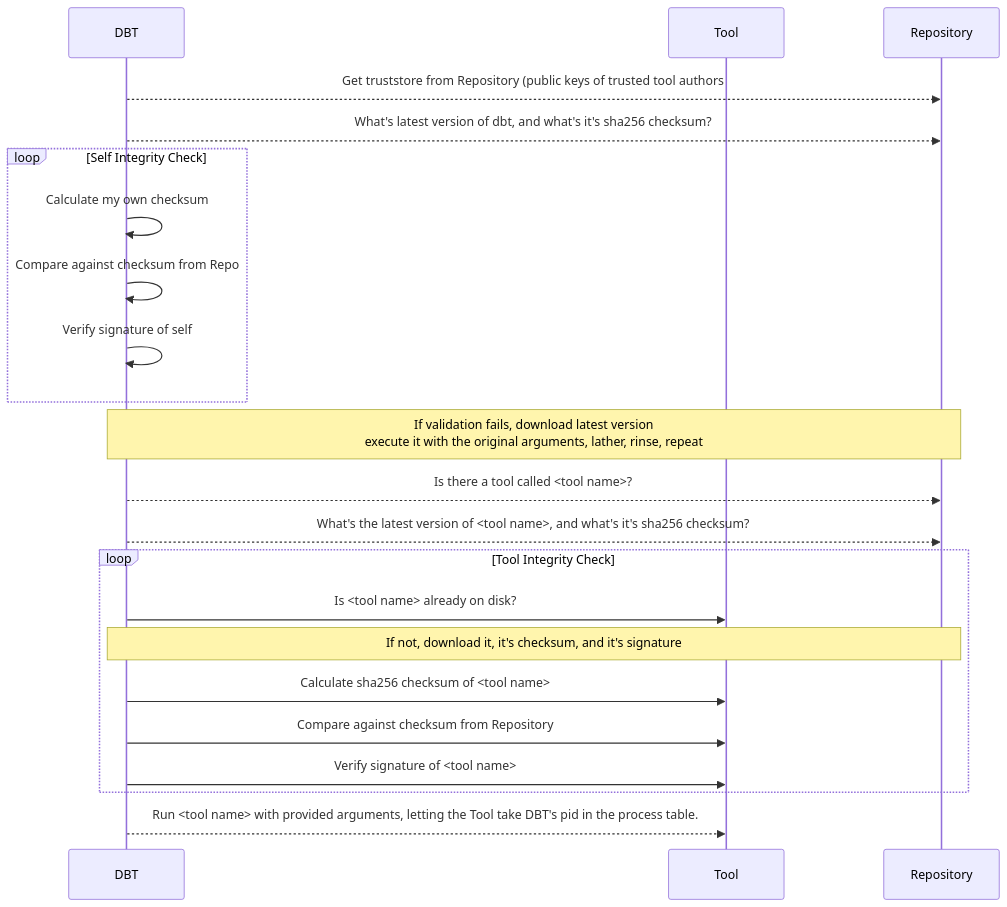
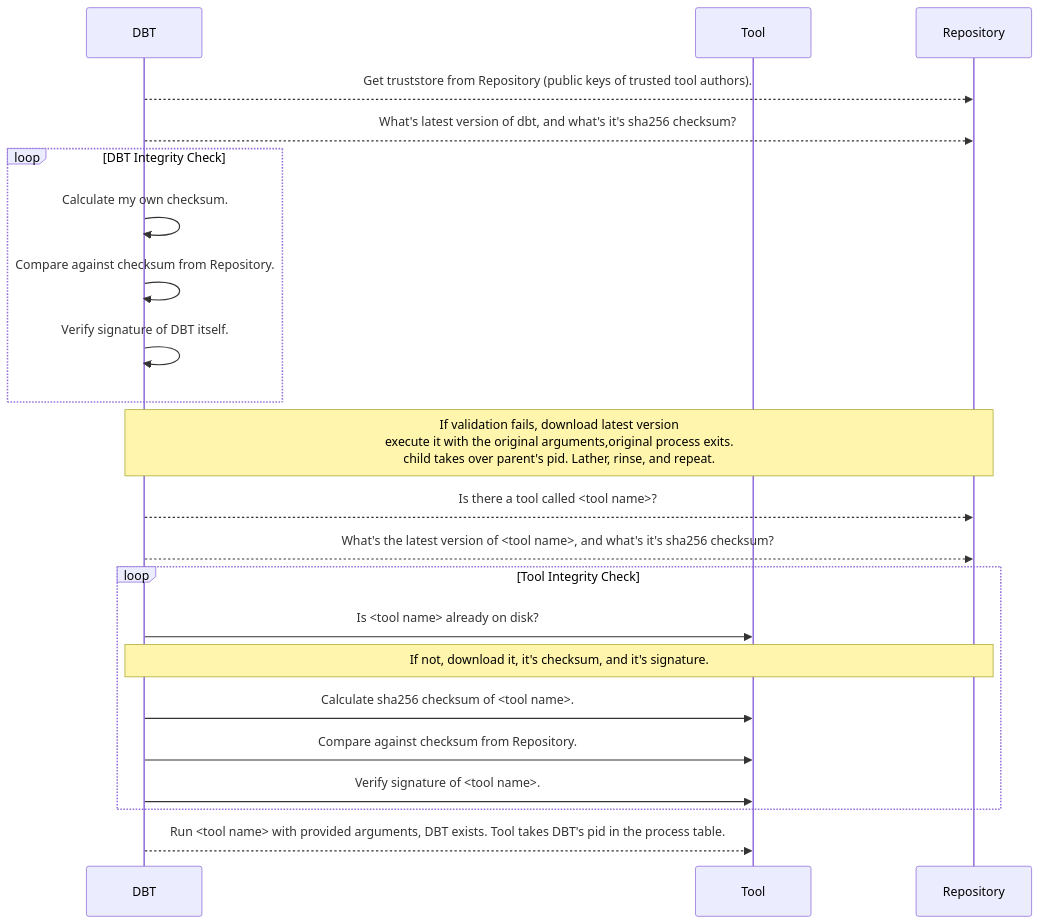
One commit to nikogura/dbt changed the diagram in README.md. Above: the diagram before and after it, drawn with Mermaid.

Commit message:
playing with mermaid

````diff
--- a/README.md
+++ b/README.md
@@ -45,25 +45,25 @@
 ```mermaid
 sequenceDiagram
     participant DBT
     participant Tool
     participant Repository
-    DBT-->>Repository: Get truststore from Repository (public keys of trusted tool authors
+    DBT-->>Repository: Get truststore from Repository (public keys of trusted tool authors).
     DBT-->>Repository: What's latest version of dbt, and what's it's sha256 checksum?
-    loop Self Integrity Check
-        DBT->>DBT: Calculate my own checksum
-        DBT->>DBT: Compare against checksum from Repo
-        DBT->>DBT: Verify signature of self
+    loop DBT Integrity Check
+        DBT->>DBT: Calculate my own checksum.
+        DBT->>DBT: Compare against checksum from Repository.
+        DBT->>DBT: Verify signature of DBT itself.
     end
-    Note over DBT,Repository: If validation fails, download latest version<br>execute it with the original arguments, lather, rinse, repeat
+    Note over DBT,Repository: If validation fails, download latest version<br>execute it with the original arguments,original process exits.<br>child takes over parent's pid.  Lather, rinse, and repeat.
     DBT-->>Repository: Is there a tool called <tool name>?
     DBT-->>Repository: What's the latest version of <tool name>, and what's it's sha256 checksum?
     loop Tool Integrity Check
         DBT->>Tool: Is <tool name> already on disk?
-        Note over DBT,Repository: If not, download it, it's checksum, and it's signature
-        DBT->>Tool: Calculate sha256 checksum of <tool name>
-        DBT->>Tool: Compare against checksum from Repository
-        DBT->>Tool: Verify signature of <tool name>
+        Note over DBT,Repository: If not, download it, it's checksum, and it's signature.
+        DBT->>Tool: Calculate sha256 checksum of <tool name>.
+        DBT->>Tool: Compare against checksum from Repository.
+        DBT->>Tool: Verify signature of <tool name>.
     end
-    DBT-->>Tool: Run <tool name> with provided arguments, letting the Tool take DBT's pid in the process table.
+    DBT-->>Tool: Run <tool name> with provided arguments, DBT exists.  Tool takes DBT's pid in the process table.
 
 ```
````
